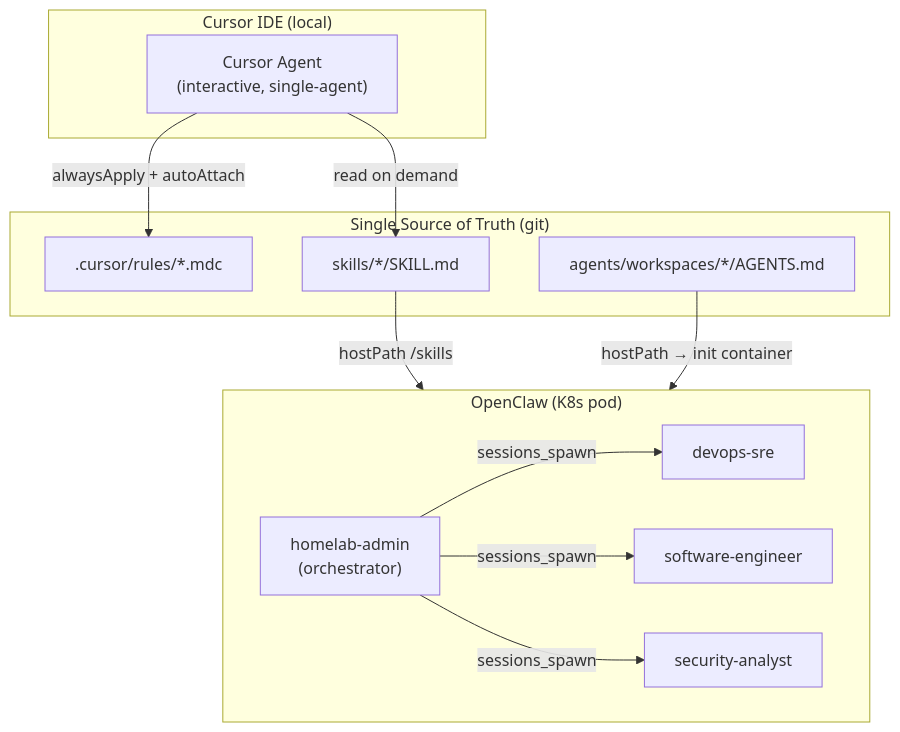
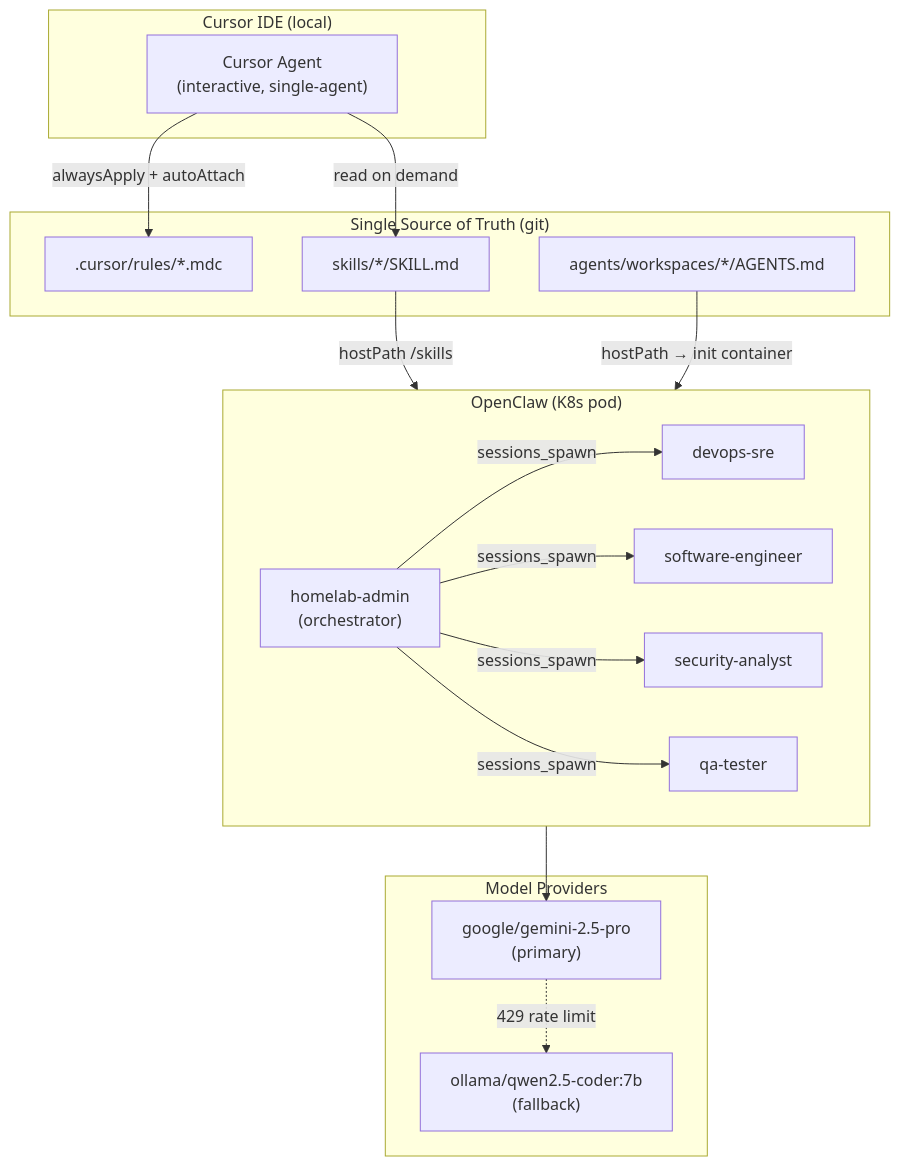
Before and after one commit to haingth77/homelab: the first of 2 diagrams in docs/ai-agents.md, drawn with Mermaid. The commit also changed other lines of this file and 3 other files, not shown here.

First line of the commit message:
fix: remove per-agent model overrides to enable Ollama fallback chain

````diff
--- a/docs/ai-agents.md
+++ b/docs/ai-agents.md
@@ -11,27 +11,37 @@
 ```mermaid
 flowchart TD
     subgraph source ["Single Source of Truth (git)"]
         CursorRules[".cursor/rules/*.mdc"]
         Skills["skills/*/SKILL.md"]
         AgentsMD["agents/workspaces/*/AGENTS.md"]
     end
 
     subgraph cursor ["Cursor IDE (local)"]
         CursorAgent["Cursor Agent\n(interactive, single-agent)"]
         CursorAgent -->|"alwaysApply + autoAttach"| CursorRules
         CursorAgent -->|"read on demand"| Skills
     end
 
     subgraph openclaw ["OpenClaw (K8s pod)"]
         HA["homelab-admin\n(orchestrator)"]
         DS["devops-sre"]
         SE["software-engineer"]
         SA["security-analyst"]
+        QA["qa-tester"]
         HA -->|"sessions_spawn"| DS
         HA -->|"sessions_spawn"| SE
         HA -->|"sessions_spawn"| SA
+        HA -->|"sessions_spawn"| QA
     end
+
+    subgraph models ["Model Providers"]
+        Gemini["google/gemini-2.5-pro\n(primary)"]
+        Ollama["ollama/qwen2.5-coder:7b\n(fallback)"]
+    end
+
+    openclaw --> Gemini
+    Gemini -.->|"429 rate limit"| Ollama
 
     Skills -->|"hostPath /skills"| openclaw
     AgentsMD -->|"hostPath → init container"| openclaw
 ```
````
